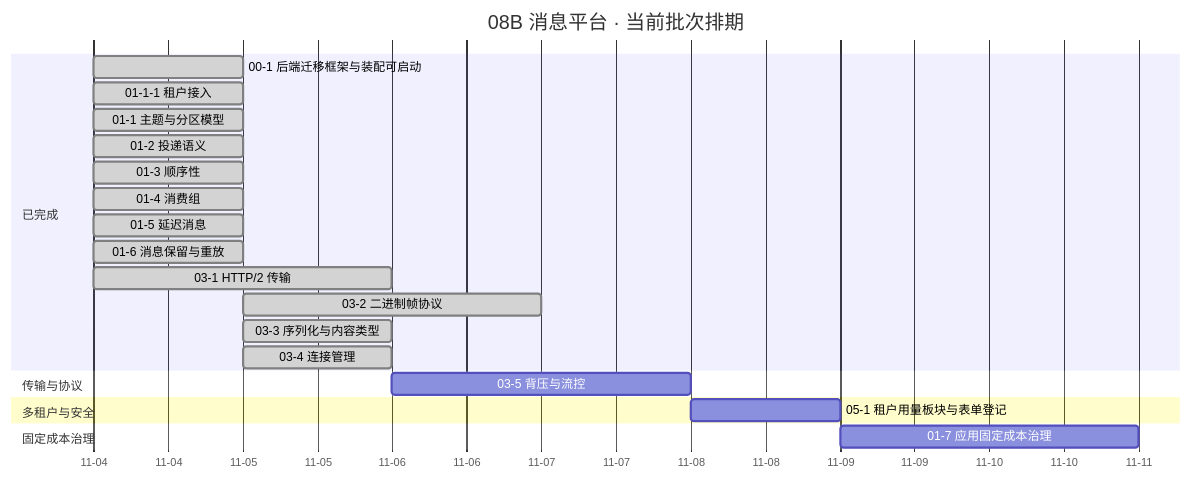
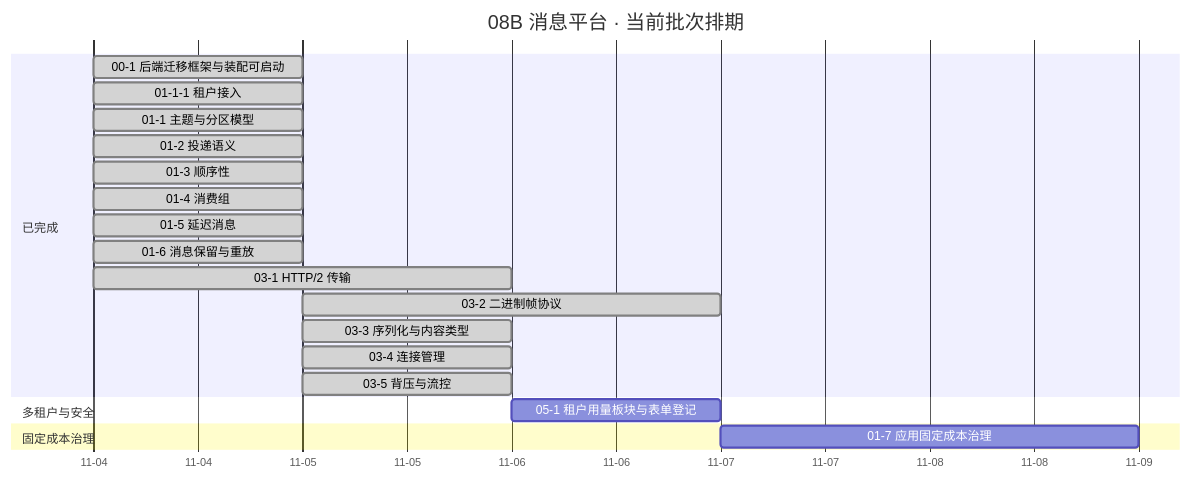
One commit to minjian123/message-platform changed the diagram in msg文档/项目/08B_消息平台/计划/01_计划_消息平台.md. Above: the diagram before and after it, drawn with Mermaid. The commit also changed other lines of this file and 5 other files, not shown here.

````diff
--- a/msg文档/项目/08B_消息平台/计划/01_计划_消息平台.md
+++ b/msg文档/项目/08B_消息平台/计划/01_计划_消息平台.md
@@ -66,26 +66,25 @@
 ```mermaid
 gantt
     title 08B 消息平台 · 当前批次排期
     %% 任务域 02 全部为搁置行（待 8B_01 go/no-go / 8B_05），不入甘特
     dateFormat YYYY-MM-DD
     axisFormat %m-%d
     section 已完成
     00-1 后端迁移框架与装配可启动 :done, d001, 2026-11-04, 1d
     01-1-1 租户接入 :done, d0111, 2026-11-04, 1d
     01-1 主题与分区模型 :done, t011, 2026-11-04, 1d
     01-2 投递语义 :done, t012, 2026-11-04, 1d
     01-3 顺序性 :done, t013, 2026-11-04, 1d
     01-4 消费组 :done, t014, 2026-11-04, 1d
     01-5 延迟消息 :done, t015, 2026-11-04, 1d
     01-6 消息保留与重放 :done, t016, 2026-11-04, 1d
     03-1 HTTP/2 传输 :done, t031, 2026-11-04, 2d
     03-2 二进制帧协议 :done, t032, 2026-11-05, 2d
     03-3 序列化与内容类型 :done, t033, 2026-11-05, 1d
     03-4 连接管理 :done, t034, 2026-11-05, 1d
-    section 传输与协议
-    03-5 背压与流控 :t035, after t034, 2d
+    03-5 背压与流控 :done, t035, 2026-11-05, 1d
     section 多租户与安全
     05-1 租户用量板块与表单登记 :t051, after t035, 1d
     section 固定成本治理
     01-7 应用固定成本治理 :t017, after t051, 2d
 ```
````
